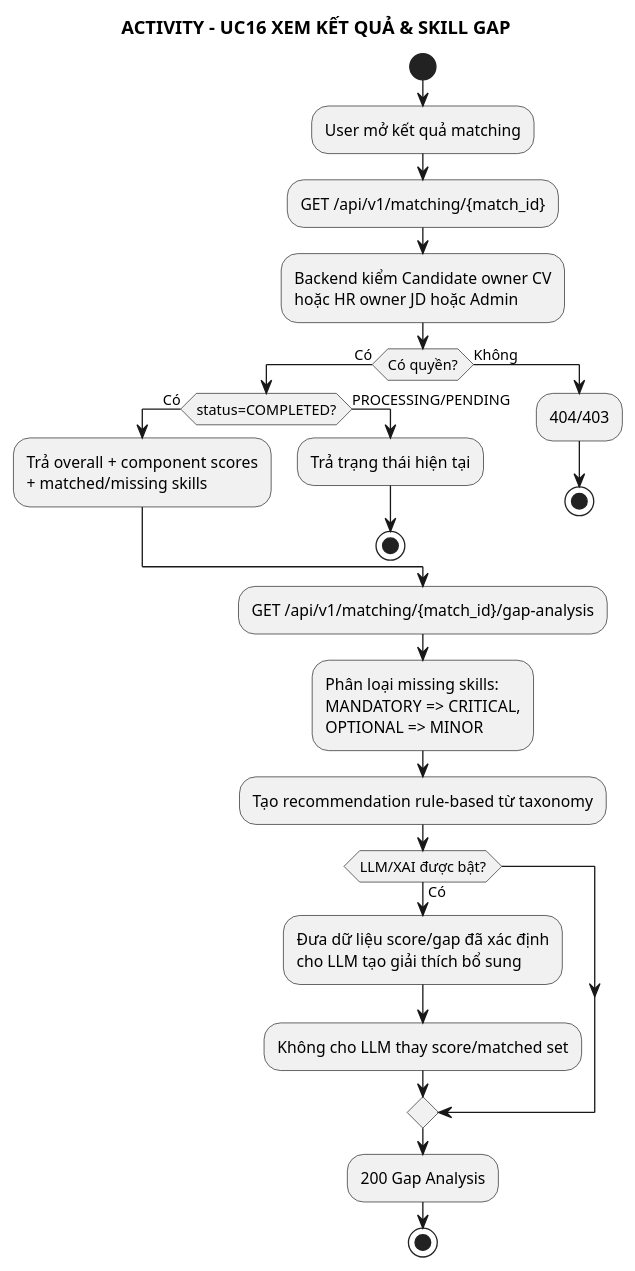
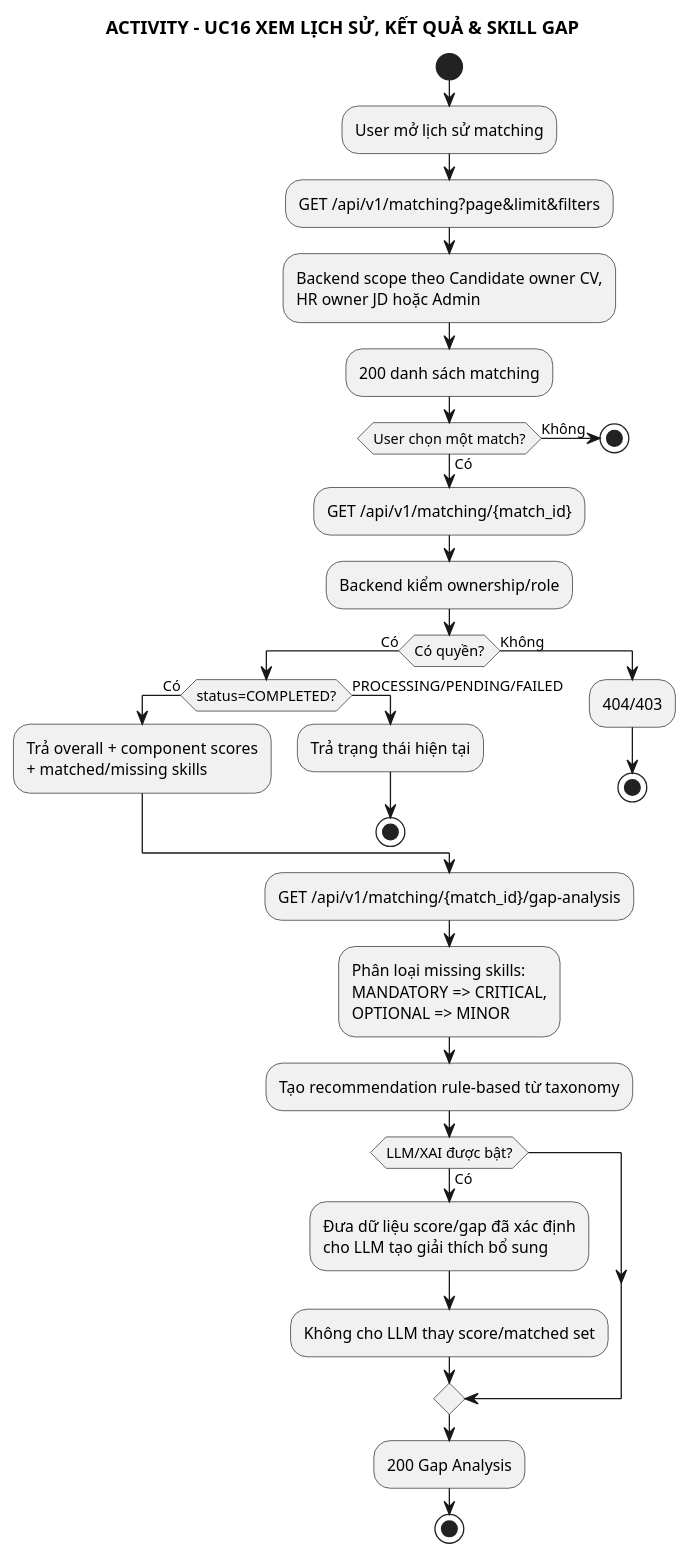
One commit to anh632k-ui/WebCVUngVienTuyenDung changed the diagram in docs/03_activity/act_uc16_gap_analysis.puml. Above: the diagram before and after it, drawn with PlantUML.

Commit message:
docs(pttk): add match history flow to UC16

```diff
--- a/docs/03_activity/act_uc16_gap_analysis.puml
+++ b/docs/03_activity/act_uc16_gap_analysis.puml
@@ -1,37 +1,45 @@
 @startuml
 skinparam monochrome true
 skinparam shadowing false
 
-title ACTIVITY - UC16 XEM KẾT QUẢ & SKILL GAP
+title ACTIVITY - UC16 XEM LỊCH SỬ, KẾT QUẢ & SKILL GAP
 
 start
-:User mở kết quả matching;
-:GET /api/v1/matching/{match_id};
-:Backend kiểm Candidate owner CV
-hoặc HR owner JD hoặc Admin;
-if (Có quyền?) then (Có)
-  if (status=COMPLETED?) then (Có)
-    :Trả overall + component scores
-    + matched/missing skills;
-  else (PROCESSING/PENDING)
-    :Trả trạng thái hiện tại;
+:User mở lịch sử matching;
+:GET /api/v1/matching?page&limit&filters;
+:Backend scope theo Candidate owner CV,
+HR owner JD hoặc Admin;
+:200 danh sách matching;
+
+if (User chọn một match?) then (Có)
+  :GET /api/v1/matching/{match_id};
+  :Backend kiểm ownership/role;
+  if (Có quyền?) then (Có)
+    if (status=COMPLETED?) then (Có)
+      :Trả overall + component scores
+      + matched/missing skills;
+    else (PROCESSING/PENDING/FAILED)
+      :Trả trạng thái hiện tại;
+      stop
+    endif
+  else (Không)
+    :404/403;
     stop
   endif
 else (Không)
-  :404/403;
   stop
 endif
 
 :GET /api/v1/matching/{match_id}/gap-analysis;
 :Phân loại missing skills:
 MANDATORY => CRITICAL,
 OPTIONAL => MINOR;
 :Tạo recommendation rule-based từ taxonomy;
 if (LLM/XAI được bật?) then (Có)
   :Đưa dữ liệu score/gap đã xác định
 cho LLM tạo giải thích bổ sung;
   :Không cho LLM thay score/matched set;
 endif
 :200 Gap Analysis;
 stop
 @enduml
```
